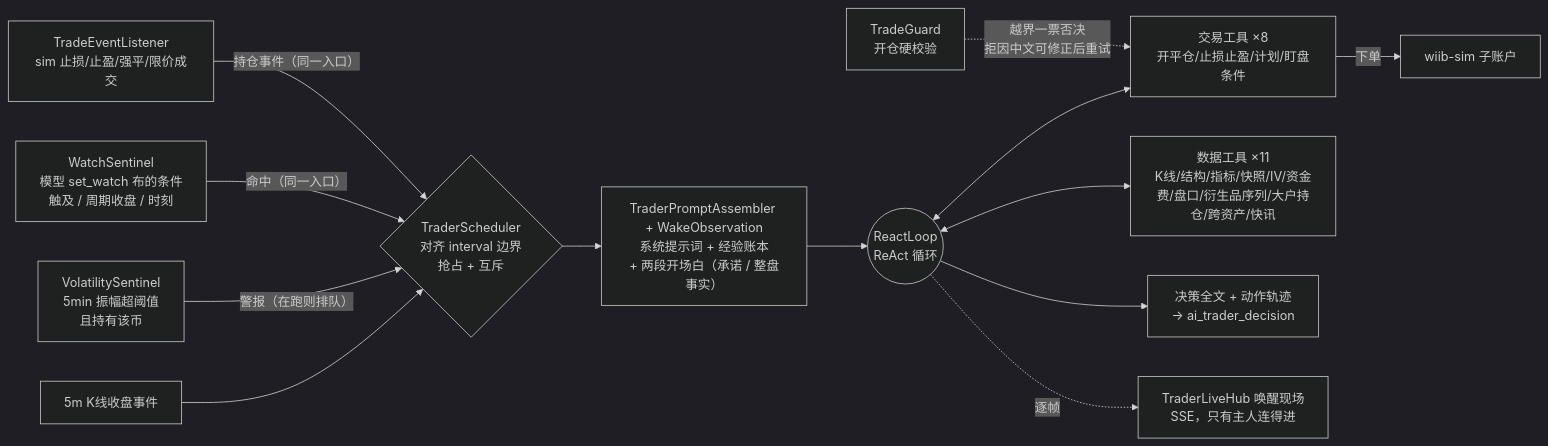
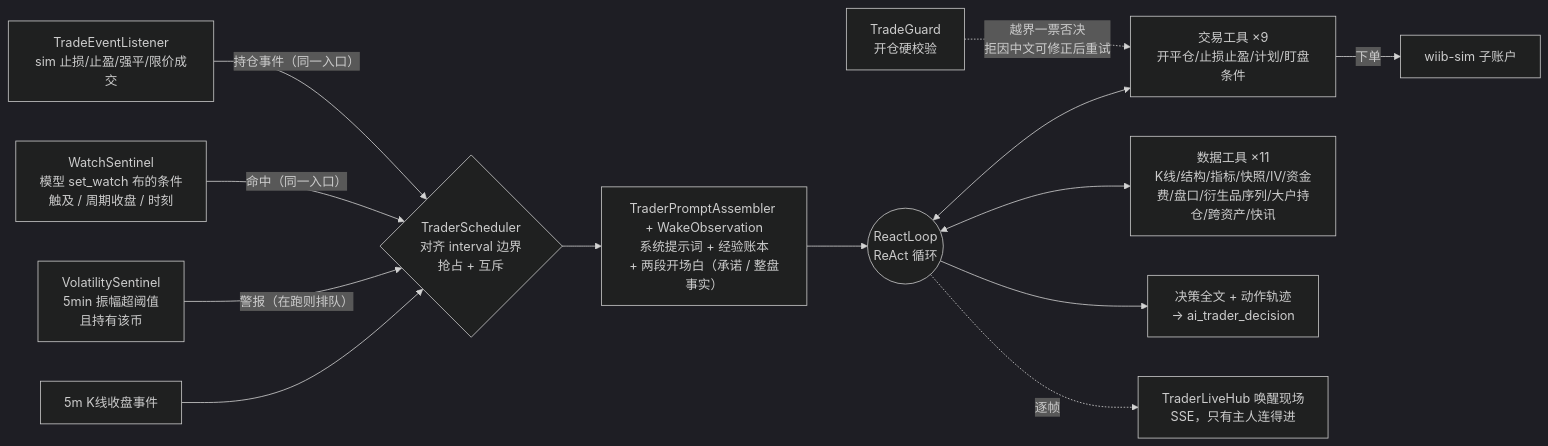
One commit to mamawai/wtfibought changed the second of 5 diagrams in docs/agent-harness/architecture.md. Above: the diagram before and after it, drawn with Mermaid (dark theme). The commit also changed other lines of this file and 96 other files, not shown here.

````diff
--- a/docs/agent-harness/architecture.md
+++ b/docs/agent-harness/architecture.md
@@ -52,15 +52,15 @@
 ```mermaid
 flowchart LR
     CLK["5m K线收盘事件"] --> SCH{"TraderScheduler<br/>对齐 interval 边界<br/>抢占 + 互斥"}
     SEN["VolatilitySentinel<br/>5min 振幅超阈值<br/>且持有该币"] -->|"警报（在跑则排队）"| SCH
     WAT["WatchSentinel<br/>模型 set_watch 布的条件<br/>触及 / 周期收盘 / 时刻"] -->|"命中（同一入口）"| SCH
     EVT["TradeEventListener<br/>sim 止损/止盈/强平/限价成交"] -->|"持仓事件（同一入口）"| SCH
     SCH --> PA["TraderPromptAssembler + WakeObservation<br/>系统提示词 + 经验账本<br/>+ 两段开场白（承诺 / 整盘事实）"]
     PA --> RA(("ReactLoop<br/>ReAct 循环"))
-    RA <--> T1["交易工具 ×8<br/>开平仓/止损止盈/计划/盯盘条件"]
+    RA <--> T1["交易工具 ×9<br/>开平仓/止损止盈/计划/盯盘条件"]
     RA <--> T2["数据工具 ×11<br/>K线/结构/指标/快照/IV/资金费/盘口/衍生品序列/大户持仓/跨资产/快讯"]
     RA --> OUT["决策全文 + 动作轨迹<br/>→ ai_trader_decision"]
     RA -.->|"逐帧"| HUB["TraderLiveHub 唤醒现场<br/>SSE，只有主人连得进"]
     GUARD["TradeGuard<br/>开仓硬校验"] -.->|"越界一票否决<br/>拒因中文可修正后重试"| T1
     T1 -->|"下单"| SIMX["wiib-sim 子账户"]
 ```
````
